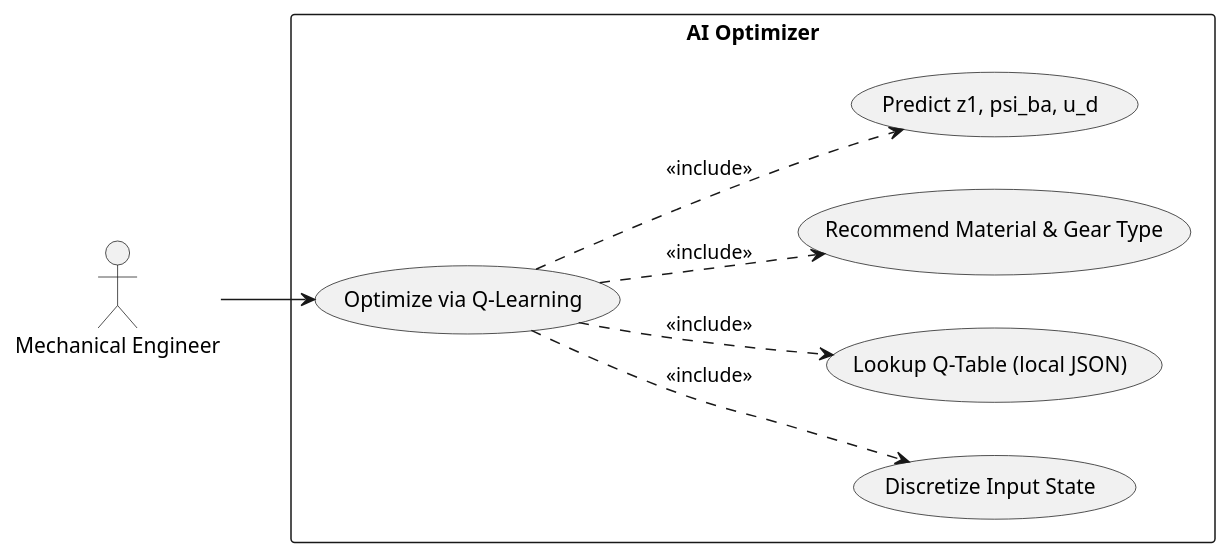
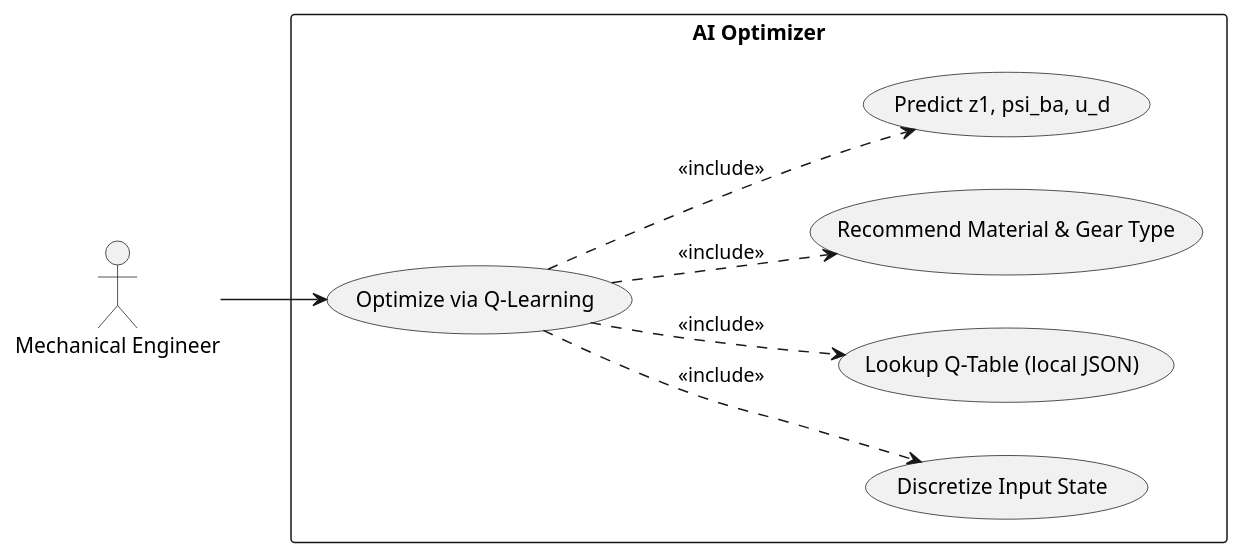
The diagram in docs/uml/uc_ai.puml (dvydinh/mechdrive), drawn with PlantUML before and after one commit. The commit also changed 7 other files, not shown here.

```diff
--- a/docs/uml/uc_ai.puml
+++ b/docs/uml/uc_ai.puml
@@ -1,21 +1,24 @@
 @startuml
 left to right direction
 skinparam packageStyle rectangle
 
 actor "Mechanical Engineer" as eng
 
 package "AI Optimizer" {
-  usecase "Optimize via Q-Learning" as UC1
+  together {
+    usecase "Optimize via Q-Learning" as UC1
+  }
+  
   usecase "Discretize Input State" as UC1_1
   usecase "Lookup Q-Table (local JSON)" as UC1_2
   usecase "Recommend Material & Gear Type" as UC1_3
   usecase "Predict z1, psi_ba, u_d" as UC1_4
 }
 
 eng --> UC1
 UC1 ..> UC1_1 : <<include>>
 UC1 ..> UC1_2 : <<include>>
 UC1 ..> UC1_3 : <<include>>
 UC1 ..> UC1_4 : <<include>>
 
 @enduml
```
